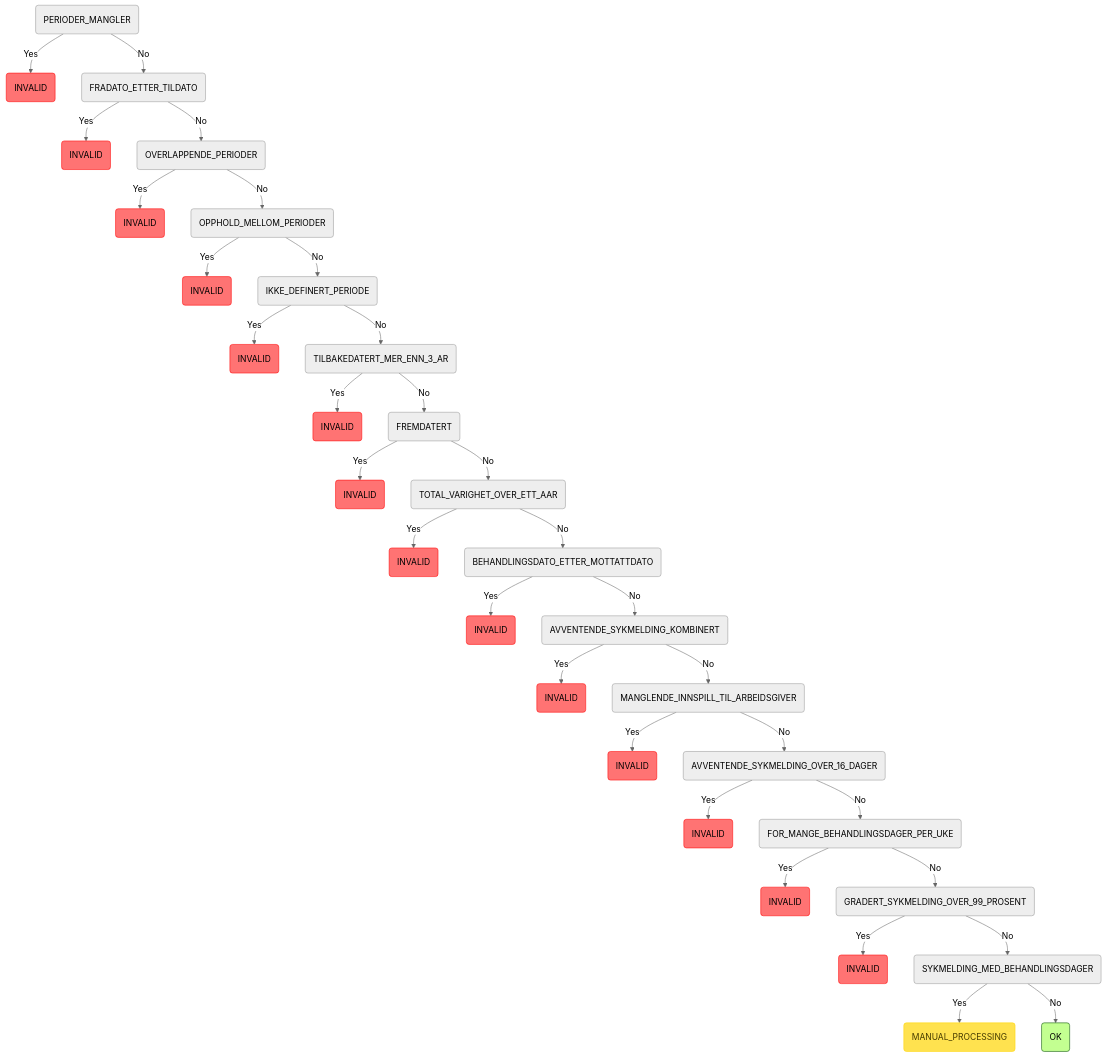
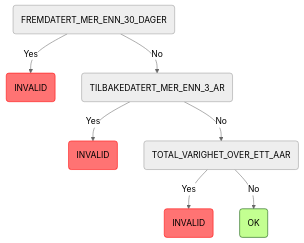
The ninth of 11 diagrams in README.md (navikt/syfosmregler), drawn with Mermaid (neutral theme) before and after one commit. The commit also changed other lines of this file and 30 other files, not shown here.

````diff
--- a/README.md
+++ b/README.md
@@ -150,36 +188,12 @@
 ```mermaid
 graph TD
-    root(PERIODER_MANGLER) -->|Yes| root_PERIODER_MANGLER_INVALID(INVALID):::invalid
-    root(PERIODER_MANGLER) -->|No| root_PERIODER_MANGLER_FRADATO_ETTER_TILDATO(FRADATO_ETTER_TILDATO)
-    root_PERIODER_MANGLER_FRADATO_ETTER_TILDATO(FRADATO_ETTER_TILDATO) -->|Yes| root_PERIODER_MANGLER_FRADATO_ETTER_TILDATO_INVALID(INVALID):::invalid
-    root_PERIODER_MANGLER_FRADATO_ETTER_TILDATO(FRADATO_ETTER_TILDATO) -->|No| root_PERIODER_MANGLER_FRADATO_ETTER_TILDATO_OVERLAPPENDE_PERIODER(OVERLAPPENDE_PERIODER)
-    root_PERIODER_MANGLER_FRADATO_ETTER_TILDATO_OVERLAPPENDE_PERIODER(OVERLAPPENDE_PERIODER) -->|Yes| root_PERIODER_MANGLER_FRADATO_ETTER_TILDATO_OVERLAPPENDE_PERIODER_INVALID(INVALID):::invalid
-    root_PERIODER_MANGLER_FRADATO_ETTER_TILDATO_OVERLAPPENDE_PERIODER(OVERLAPPENDE_PERIODER) -->|No| root_PERIODER_MANGLER_FRADATO_ETTER_TILDATO_OVERLAPPENDE_PERIODER_OPPHOLD_MELLOM_PERIODER(OPPHOLD_MELLOM_PERIODER)
-    root_PERIODER_MANGLER_FRADATO_ETTER_TILDATO_OVERLAPPENDE_PERIODER_OPPHOLD_MELLOM_PERIODER(OPPHOLD_MELLOM_PERIODER) -->|Yes| root_PERIODER_MANGLER_FRADATO_ETTER_TILDATO_OVERLAPPENDE_PERIODER_OPPHOLD_MELLOM_PERIODER_INVALID(INVALID):::invalid
-    root_PERIODER_MANGLER_FRADATO_ETTER_TILDATO_OVERLAPPENDE_PERIODER_OPPHOLD_MELLOM_PERIODER(OPPHOLD_MELLOM_PERIODER) -->|No| root_PERIODER_MANGLER_FRADATO_ETTER_TILDATO_OVERLAPPENDE_PERIODER_OPPHOLD_MELLOM_PERIODER_IKKE_DEFINERT_PERIODE(IKKE_DEFINERT_PERIODE)
-    root_PERIODER_MANGLER_FRADATO_ETTER_TILDATO_OVERLAPPENDE_PERIODER_OPPHOLD_MELLOM_PERIODER_IKKE_DEFINERT_PERIODE(IKKE_DEFINERT_PERIODE) -->|Yes| root_PERIODER_MANGLER_FRADATO_ETTER_TILDATO_OVERLAPPENDE_PERIODER_OPPHOLD_MELLOM_PERIODER_IKKE_DEFINERT_PERIODE_INVALID(INVALID):::invalid
-    root_PERIODER_MANGLER_FRADATO_ETTER_TILDATO_OVERLAPPENDE_PERIODER_OPPHOLD_MELLOM_PERIODER_IKKE_DEFINERT_PERIODE(IKKE_DEFINERT_PERIODE) -->|No| root_PERIODER_MANGLER_FRADATO_ETTER_TILDATO_OVERLAPPENDE_PERIODER_OPPHOLD_MELLOM_PERIODER_IKKE_DEFINERT_PERIODE_TILBAKEDATERT_MER_ENN_3_AR(TILBAKEDATERT_MER_ENN_3_AR)
-    root_PERIODER_MANGLER_FRADATO_ETTER_TILDATO_OVERLAPPENDE_PERIODER_OPPHOLD_MELLOM_PERIODER_IKKE_DEFINERT_PERIODE_TILBAKEDATERT_MER_ENN_3_AR(TILBAKEDATERT_MER_ENN_3_AR) -->|Yes| root_PERIODER_MANGLER_FRADATO_ETTER_TILDATO_OVERLAPPENDE_PERIODER_OPPHOLD_MELLOM_PERIODER_IKKE_DEFINERT_PERIODE_TILBAKEDATERT_MER_ENN_3_AR_INVALID(INVALID):::invalid
-    root_PERIODER_MANGLER_FRADATO_ETTER_TILDATO_OVERLAPPENDE_PERIODER_OPPHOLD_MELLOM_PERIODER_IKKE_DEFINERT_PERIODE_TILBAKEDATERT_MER_ENN_3_AR(TILBAKEDATERT_MER_ENN_3_AR) -->|No| root_PERIODER_MANGLER_FRADATO_ETTER_TILDATO_OVERLAPPENDE_PERIODER_OPPHOLD_MELLOM_PERIODER_IKKE_DEFINERT_PERIODE_TILBAKEDATERT_MER_ENN_3_AR_FREMDATERT(FREMDATERT)
-    root_PERIODER_MANGLER_FRADATO_ETTER_TILDATO_OVERLAPPENDE_PERIODER_OPPHOLD_MELLOM_PERIODER_IKKE_DEFINERT_PERIODE_TILBAKEDATERT_MER_ENN_3_AR_FREMDATERT(FREMDATERT) -->|Yes| root_PERIODER_MANGLER_FRADATO_ETTER_TILDATO_OVERLAPPENDE_PERIODER_OPPHOLD_MELLOM_PERIODER_IKKE_DEFINERT_PERIODE_TILBAKEDATERT_MER_ENN_3_AR_FREMDATERT_INVALID(INVALID):::invalid
-    root_PERIODER_MANGLER_FRADATO_ETTER_TILDATO_OVERLAPPENDE_PERIODER_OPPHOLD_MELLOM_PERIODER_IKKE_DEFINERT_PERIODE_TILBAKEDATERT_MER_ENN_3_AR_FREMDATERT(FREMDATERT) -->|No| root_PERIODER_MANGLER_FRADATO_ETTER_TILDATO_OVERLAPPENDE_PERIODER_OPPHOLD_MELLOM_PERIODER_IKKE_DEFINERT_PERIODE_TILBAKEDATERT_MER_ENN_3_AR_FREMDATERT_TOTAL_VARIGHET_OVER_ETT_AAR(TOTAL_VARIGHET_OVER_ETT_AAR)
-    root_PERIODER_MANGLER_FRADATO_ETTER_TILDATO_OVERLAPPENDE_PERIODER_OPPHOLD_MELLOM_PERIODER_IKKE_DEFINERT_PERIODE_TILBAKEDATERT_MER_ENN_3_AR_FREMDATERT_TOTAL_VARIGHET_OVER_ETT_AAR(TOTAL_VARIGHET_OVER_ETT_AAR) -->|Yes| root_PERIODER_MANGLER_FRADATO_ETTER_TILDATO_OVERLAPPENDE_PERIODER_OPPHOLD_MELLOM_PERIODER_IKKE_DEFINERT_PERIODE_TILBAKEDATERT_MER_ENN_3_AR_FREMDATERT_TOTAL_VARIGHET_OVER_ETT_AAR_INVALID(INVALID):::invalid
-    root_PERIODER_MANGLER_FRADATO_ETTER_TILDATO_OVERLAPPENDE_PERIODER_OPPHOLD_MELLOM_PERIODER_IKKE_DEFINERT_PERIODE_TILBAKEDATERT_MER_ENN_3_AR_FREMDATERT_TOTAL_VARIGHET_OVER_ETT_AAR(TOTAL_VARIGHET_OVER_ETT_AAR) -->|No| root_PERIODER_MANGLER_FRADATO_ETTER_TILDATO_OVERLAPPENDE_PERIODER_OPPHOLD_MELLOM_PERIODER_IKKE_DEFINERT_PERIODE_TILBAKEDATERT_MER_ENN_3_AR_FREMDATERT_TOTAL_VARIGHET_OVER_ETT_AAR_BEHANDLINGSDATO_ETTER_MOTTATTDATO(BEHANDLINGSDATO_ETTER_MOTTATTDATO)
-    root_PERIODER_MANGLER_FRADATO_ETTER_TILDATO_OVERLAPPENDE_PERIODER_OPPHOLD_MELLOM_PERIODER_IKKE_DEFINERT_PERIODE_TILBAKEDATERT_MER_ENN_3_AR_FREMDATERT_TOTAL_VARIGHET_OVER_ETT_AAR_BEHANDLINGSDATO_ETTER_MOTTATTDATO(BEHANDLINGSDATO_ETTER_MOTTATTDATO) -->|Yes| root_PERIODER_MANGLER_FRADATO_ETTER_TILDATO_OVERLAPPENDE_PERIODER_OPPHOLD_MELLOM_PERIODER_IKKE_DEFINERT_PERIODE_TILBAKEDATERT_MER_ENN_3_AR_FREMDATERT_TOTAL_VARIGHET_OVER_ETT_AAR_BEHANDLINGSDATO_ETTER_MOTTATTDATO_INVALID(INVALID):::invalid
-    root_PERIODER_MANGLER_FRADATO_ETTER_TILDATO_OVERLAPPENDE_PERIODER_OPPHOLD_MELLOM_PERIODER_IKKE_DEFINERT_PERIODE_TILBAKEDATERT_MER_ENN_3_AR_FREMDATERT_TOTAL_VARIGHET_OVER_ETT_AAR_BEHANDLINGSDATO_ETTER_MOTTATTDATO(BEHANDLINGSDATO_ETTER_MOTTATTDATO) -->|No| root_PERIODER_MANGLER_FRADATO_ETTER_TILDATO_OVERLAPPENDE_PERIODER_OPPHOLD_MELLOM_PERIODER_IKKE_DEFINERT_PERIODE_TILBAKEDATERT_MER_ENN_3_AR_FREMDATERT_TOTAL_VARIGHET_OVER_ETT_AAR_BEHANDLINGSDATO_ETTER_MOTTATTDATO_AVVENTENDE_SYKMELDING_KOMBINERT(AVVENTENDE_SYKMELDING_KOMBINERT)
-    root_PERIODER_MANGLER_FRADATO_ETTER_TILDATO_OVERLAPPENDE_PERIODER_OPPHOLD_MELLOM_PERIODER_IKKE_DEFINERT_PERIODE_TILBAKEDATERT_MER_ENN_3_AR_FREMDATERT_TOTAL_VARIGHET_OVER_ETT_AAR_BEHANDLINGSDATO_ETTER_MOTTATTDATO_AVVENTENDE_SYKMELDING_KOMBINERT(AVVENTENDE_SYKMELDING_KOMBINERT) -->|Yes| root_PERIODER_MANGLER_FRADATO_ETTER_TILDATO_OVERLAPPENDE_PERIODER_OPPHOLD_MELLOM_PERIODER_IKKE_DEFINERT_PERIODE_TILBAKEDATERT_MER_ENN_3_AR_FREMDATERT_TOTAL_VARIGHET_OVER_ETT_AAR_BEHANDLINGSDATO_ETTER_MOTTATTDATO_AVVENTENDE_SYKMELDING_KOMBINERT_INVALID(INVALID):::invalid
-    root_PERIODER_MANGLER_FRADATO_ETTER_TILDATO_OVERLAPPENDE_PERIODER_OPPHOLD_MELLOM_PERIODER_IKKE_DEFINERT_PERIODE_TILBAKEDATERT_MER_ENN_3_AR_FREMDATERT_TOTAL_VARIGHET_OVER_ETT_AAR_BEHANDLINGSDATO_ETTER_MOTTATTDATO_AVVENTENDE_SYKMELDING_KOMBINERT(AVVENTENDE_SYKMELDING_KOMBINERT) -->|No| root_PERIODER_MANGLER_FRADATO_ETTER_TILDATO_OVERLAPPENDE_PERIODER_OPPHOLD_MELLOM_PERIODER_IKKE_DEFINERT_PERIODE_TILBAKEDATERT_MER_ENN_3_AR_FREMDATERT_TOTAL_VARIGHET_OVER_ETT_AAR_BEHANDLINGSDATO_ETTER_MOTTATTDATO_AVVENTENDE_SYKMELDING_KOMBINERT_MANGLENDE_INNSPILL_TIL_ARBEIDSGIVER(MANGLENDE_INNSPILL_TIL_ARBEIDSGIVER)
-    root_PERIODER_MANGLER_FRADATO_ETTER_TILDATO_OVERLAPPENDE_PERIODER_OPPHOLD_MELLOM_PERIODER_IKKE_DEFINERT_PERIODE_TILBAKEDATERT_MER_ENN_3_AR_FREMDATERT_TOTAL_VARIGHET_OVER_ETT_AAR_BEHANDLINGSDATO_ETTER_MOTTATTDATO_AVVENTENDE_SYKMELDING_KOMBINERT_MANGLENDE_INNSPILL_TIL_ARBEIDSGIVER(MANGLENDE_INNSPILL_TIL_ARBEIDSGIVER) -->|Yes| root_PERIODER_MANGLER_FRADATO_ETTER_TILDATO_OVERLAPPENDE_PERIODER_OPPHOLD_MELLOM_PERIODER_IKKE_DEFINERT_PERIODE_TILBAKEDATERT_MER_ENN_3_AR_FREMDATERT_TOTAL_VARIGHET_OVER_ETT_AAR_BEHANDLINGSDATO_ETTER_MOTTATTDATO_AVVENTENDE_SYKMELDING_KOMBINERT_MANGLENDE_INNSPILL_TIL_ARBEIDSGIVER_INVALID(INVALID):::invalid
-    root_PERIODER_MANGLER_FRADATO_ETTER_TILDATO_OVERLAPPENDE_PERIODER_OPPHOLD_MELLOM_PERIODER_IKKE_DEFINERT_PERIODE_TILBAKEDATERT_MER_ENN_3_AR_FREMDATERT_TOTAL_VARIGHET_OVER_ETT_AAR_BEHANDLINGSDATO_ETTER_MOTTATTDATO_AVVENTENDE_SYKMELDING_KOMBINERT_MANGLENDE_INNSPILL_TIL_ARBEIDSGIVER(MANGLENDE_INNSPILL_TIL_ARBEIDSGIVER) -->|No| root_PERIODER_MANGLER_FRADATO_ETTER_TILDATO_OVERLAPPENDE_PERIODER_OPPHOLD_MELLOM_PERIODER_IKKE_DEFINERT_PERIODE_TILBAKEDATERT_MER_ENN_3_AR_FREMDATERT_TOTAL_VARIGHET_OVER_ETT_AAR_BEHANDLINGSDATO_ETTER_MOTTATTDATO_AVVENTENDE_SYKMELDING_KOMBINERT_MANGLENDE_INNSPILL_TIL_ARBEIDSGIVER_AVVENTENDE_SYKMELDING_OVER_16_DAGER(AVVENTENDE_SYKMELDING_OVER_16_DAGER)
-    root_PERIODER_MANGLER_FRADATO_ETTER_TILDATO_OVERLAPPENDE_PERIODER_OPPHOLD_MELLOM_PERIODER_IKKE_DEFINERT_PERIODE_TILBAKEDATERT_MER_ENN_3_AR_FREMDATERT_TOTAL_VARIGHET_OVER_ETT_AAR_BEHANDLINGSDATO_ETTER_MOTTATTDATO_AVVENTENDE_SYKMELDING_KOMBINERT_MANGLENDE_INNSPILL_TIL_ARBEIDSGIVER_AVVENTENDE_SYKMELDING_OVER_16_DAGER(AVVENTENDE_SYKMELDING_OVER_16_DAGER) -->|Yes| root_PERIODER_MANGLER_FRADATO_ETTER_TILDATO_OVERLAPPENDE_PERIODER_OPPHOLD_MELLOM_PERIODER_IKKE_DEFINERT_PERIODE_TILBAKEDATERT_MER_ENN_3_AR_FREMDATERT_TOTAL_VARIGHET_OVER_ETT_AAR_BEHANDLINGSDATO_ETTER_MOTTATTDATO_AVVENTENDE_SYKMELDING_KOMBINERT_MANGLENDE_INNSPILL_TIL_ARBEIDSGIVER_AVVENTENDE_SYKMELDING_OVER_16_DAGER_INVALID(INVALID):::invalid
-    root_PERIODER_MANGLER_FRADATO_ETTER_TILDATO_OVERLAPPENDE_PERIODER_OPPHOLD_MELLOM_PERIODER_IKKE_DEFINERT_PERIODE_TILBAKEDATERT_MER_ENN_3_AR_FREMDATERT_TOTAL_VARIGHET_OVER_ETT_AAR_BEHANDLINGSDATO_ETTER_MOTTATTDATO_AVVENTENDE_SYKMELDING_KOMBINERT_MANGLENDE_INNSPILL_TIL_ARBEIDSGIVER_AVVENTENDE_SYKMELDING_OVER_16_DAGER(AVVENTENDE_SYKMELDING_OVER_16_DAGER) -->|No| root_PERIODER_MANGLER_FRADATO_ETTER_TILDATO_OVERLAPPENDE_PERIODER_OPPHOLD_MELLOM_PERIODER_IKKE_DEFINERT_PERIODE_TILBAKEDATERT_MER_ENN_3_AR_FREMDATERT_TOTAL_VARIGHET_OVER_ETT_AAR_BEHANDLINGSDATO_ETTER_MOTTATTDATO_AVVENTENDE_SYKMELDING_KOMBINERT_MANGLENDE_INNSPILL_TIL_ARBEIDSGIVER_AVVENTENDE_SYKMELDING_OVER_16_DAGER_FOR_MANGE_BEHANDLINGSDAGER_PER_UKE(FOR_MANGE_BEHANDLINGSDAGER_PER_UKE)
-    root_PERIODER_MANGLER_FRADATO_ETTER_TILDATO_OVERLAPPENDE_PERIODER_OPPHOLD_MELLOM_PERIODER_IKKE_DEFINERT_PERIODE_TILBAKEDATERT_MER_ENN_3_AR_FREMDATERT_TOTAL_VARIGHET_OVER_ETT_AAR_BEHANDLINGSDATO_ETTER_MOTTATTDATO_AVVENTENDE_SYKMELDING_KOMBINERT_MANGLENDE_INNSPILL_TIL_ARBEIDSGIVER_AVVENTENDE_SYKMELDING_OVER_16_DAGER_FOR_MANGE_BEHANDLINGSDAGER_PER_UKE(FOR_MANGE_BEHANDLINGSDAGER_PER_UKE) -->|Yes| root_PERIODER_MANGLER_FRADATO_ETTER_TILDATO_OVERLAPPENDE_PERIODER_OPPHOLD_MELLOM_PERIODER_IKKE_DEFINERT_PERIODE_TILBAKEDATERT_MER_ENN_3_AR_FREMDATERT_TOTAL_VARIGHET_OVER_ETT_AAR_BEHANDLINGSDATO_ETTER_MOTTATTDATO_AVVENTENDE_SYKMELDING_KOMBINERT_MANGLENDE_INNSPILL_TIL_ARBEIDSGIVER_AVVENTENDE_SYKMELDING_OVER_16_DAGER_FOR_MANGE_BEHANDLINGSDAGER_PER_UKE_INVALID(INVALID):::invalid
-    root_PERIODER_MANGLER_FRADATO_ETTER_TILDATO_OVERLAPPENDE_PERIODER_OPPHOLD_MELLOM_PERIODER_IKKE_DEFINERT_PERIODE_TILBAKEDATERT_MER_ENN_3_AR_FREMDATERT_TOTAL_VARIGHET_OVER_ETT_AAR_BEHANDLINGSDATO_ETTER_MOTTATTDATO_AVVENTENDE_SYKMELDING_KOMBINERT_MANGLENDE_INNSPILL_TIL_ARBEIDSGIVER_AVVENTENDE_SYKMELDING_OVER_16_DAGER_FOR_MANGE_BEHANDLINGSDAGER_PER_UKE(FOR_MANGE_BEHANDLINGSDAGER_PER_UKE) -->|No| root_PERIODER_MANGLER_FRADATO_ETTER_TILDATO_OVERLAPPENDE_PERIODER_OPPHOLD_MELLOM_PERIODER_IKKE_DEFINERT_PERIODE_TILBAKEDATERT_MER_ENN_3_AR_FREMDATERT_TOTAL_VARIGHET_OVER_ETT_AAR_BEHANDLINGSDATO_ETTER_MOTTATTDATO_AVVENTENDE_SYKMELDING_KOMBINERT_MANGLENDE_INNSPILL_TIL_ARBEIDSGIVER_AVVENTENDE_SYKMELDING_OVER_16_DAGER_FOR_MANGE_BEHANDLINGSDAGER_PER_UKE_GRADERT_SYKMELDING_OVER_99_PROSENT(GRADERT_SYKMELDING_OVER_99_PROSENT)
-    root_PERIODER_MANGLER_FRADATO_ETTER_TILDATO_OVERLAPPENDE_PERIODER_OPPHOLD_MELLOM_PERIODER_IKKE_DEFINERT_PERIODE_TILBAKEDATERT_MER_ENN_3_AR_FREMDATERT_TOTAL_VARIGHET_OVER_ETT_AAR_BEHANDLINGSDATO_ETTER_MOTTATTDATO_AVVENTENDE_SYKMELDING_KOMBINERT_MANGLENDE_INNSPILL_TIL_ARBEIDSGIVER_AVVENTENDE_SYKMELDING_OVER_16_DAGER_FOR_MANGE_BEHANDLINGSDAGER_PER_UKE_GRADERT_SYKMELDING_OVER_99_PROSENT(GRADERT_SYKMELDING_OVER_99_PROSENT) -->|Yes| root_PERIODER_MANGLER_FRADATO_ETTER_TILDATO_OVERLAPPENDE_PERIODER_OPPHOLD_MELLOM_PERIODER_IKKE_DEFINERT_PERIODE_TILBAKEDATERT_MER_ENN_3_AR_FREMDATERT_TOTAL_VARIGHET_OVER_ETT_AAR_BEHANDLINGSDATO_ETTER_MOTTATTDATO_AVVENTENDE_SYKMELDING_KOMBINERT_MANGLENDE_INNSPILL_TIL_ARBEIDSGIVER_AVVENTENDE_SYKMELDING_OVER_16_DAGER_FOR_MANGE_BEHANDLINGSDAGER_PER_UKE_GRADERT_SYKMELDING_OVER_99_PROSENT_INVALID(INVALID):::invalid
-    root_PERIODER_MANGLER_FRADATO_ETTER_TILDATO_OVERLAPPENDE_PERIODER_OPPHOLD_MELLOM_PERIODER_IKKE_DEFINERT_PERIODE_TILBAKEDATERT_MER_ENN_3_AR_FREMDATERT_TOTAL_VARIGHET_OVER_ETT_AAR_BEHANDLINGSDATO_ETTER_MOTTATTDATO_AVVENTENDE_SYKMELDING_KOMBINERT_MANGLENDE_INNSPILL_TIL_ARBEIDSGIVER_AVVENTENDE_SYKMELDING_OVER_16_DAGER_FOR_MANGE_BEHANDLINGSDAGER_PER_UKE_GRADERT_SYKMELDING_OVER_99_PROSENT(GRADERT_SYKMELDING_OVER_99_PROSENT) -->|No| root_PERIODER_MANGLER_FRADATO_ETTER_TILDATO_OVERLAPPENDE_PERIODER_OPPHOLD_MELLOM_PERIODER_IKKE_DEFINERT_PERIODE_TILBAKEDATERT_MER_ENN_3_AR_FREMDATERT_TOTAL_VARIGHET_OVER_ETT_AAR_BEHANDLINGSDATO_ETTER_MOTTATTDATO_AVVENTENDE_SYKMELDING_KOMBINERT_MANGLENDE_INNSPILL_TIL_ARBEIDSGIVER_AVVENTENDE_SYKMELDING_OVER_16_DAGER_FOR_MANGE_BEHANDLINGSDAGER_PER_UKE_GRADERT_SYKMELDING_OVER_99_PROSENT_SYKMELDING_MED_BEHANDLINGSDAGER(SYKMELDING_MED_BEHANDLINGSDAGER)
-    root_PERIODER_MANGLER_FRADATO_ETTER_TILDATO_OVERLAPPENDE_PERIODER_OPPHOLD_MELLOM_PERIODER_IKKE_DEFINERT_PERIODE_TILBAKEDATERT_MER_ENN_3_AR_FREMDATERT_TOTAL_VARIGHET_OVER_ETT_AAR_BEHANDLINGSDATO_ETTER_MOTTATTDATO_AVVENTENDE_SYKMELDING_KOMBINERT_MANGLENDE_INNSPILL_TIL_ARBEIDSGIVER_AVVENTENDE_SYKMELDING_OVER_16_DAGER_FOR_MANGE_BEHANDLINGSDAGER_PER_UKE_GRADERT_SYKMELDING_OVER_99_PROSENT_SYKMELDING_MED_BEHANDLINGSDAGER(SYKMELDING_MED_BEHANDLINGSDAGER) -->|Yes| root_PERIODER_MANGLER_FRADATO_ETTER_TILDATO_OVERLAPPENDE_PERIODER_OPPHOLD_MELLOM_PERIODER_IKKE_DEFINERT_PERIODE_TILBAKEDATERT_MER_ENN_3_AR_FREMDATERT_TOTAL_VARIGHET_OVER_ETT_AAR_BEHANDLINGSDATO_ETTER_MOTTATTDATO_AVVENTENDE_SYKMELDING_KOMBINERT_MANGLENDE_INNSPILL_TIL_ARBEIDSGIVER_AVVENTENDE_SYKMELDING_OVER_16_DAGER_FOR_MANGE_BEHANDLINGSDAGER_PER_UKE_GRADERT_SYKMELDING_OVER_99_PROSENT_SYKMELDING_MED_BEHANDLINGSDAGER_MANUAL_PROCESSING(MANUAL_PROCESSING):::manuell
-    root_PERIODER_MANGLER_FRADATO_ETTER_TILDATO_OVERLAPPENDE_PERIODER_OPPHOLD_MELLOM_PERIODER_IKKE_DEFINERT_PERIODE_TILBAKEDATERT_MER_ENN_3_AR_FREMDATERT_TOTAL_VARIGHET_OVER_ETT_AAR_BEHANDLINGSDATO_ETTER_MOTTATTDATO_AVVENTENDE_SYKMELDING_KOMBINERT_MANGLENDE_INNSPILL_TIL_ARBEIDSGIVER_AVVENTENDE_SYKMELDING_OVER_16_DAGER_FOR_MANGE_BEHANDLINGSDAGER_PER_UKE_GRADERT_SYKMELDING_OVER_99_PROSENT_SYKMELDING_MED_BEHANDLINGSDAGER(SYKMELDING_MED_BEHANDLINGSDAGER) -->|No| root_PERIODER_MANGLER_FRADATO_ETTER_TILDATO_OVERLAPPENDE_PERIODER_OPPHOLD_MELLOM_PERIODER_IKKE_DEFINERT_PERIODE_TILBAKEDATERT_MER_ENN_3_AR_FREMDATERT_TOTAL_VARIGHET_OVER_ETT_AAR_BEHANDLINGSDATO_ETTER_MOTTATTDATO_AVVENTENDE_SYKMELDING_KOMBINERT_MANGLENDE_INNSPILL_TIL_ARBEIDSGIVER_AVVENTENDE_SYKMELDING_OVER_16_DAGER_FOR_MANGE_BEHANDLINGSDAGER_PER_UKE_GRADERT_SYKMELDING_OVER_99_PROSENT_SYKMELDING_MED_BEHANDLINGSDAGER_OK(OK):::ok
+    root(FREMDATERT_MER_ENN_30_DAGER) -->|Yes| root_FREMDATERT_MER_ENN_30_DAGER_INVALID(INVALID):::invalid
+    root(FREMDATERT_MER_ENN_30_DAGER) -->|No| root_FREMDATERT_MER_ENN_30_DAGER_TILBAKEDATERT_MER_ENN_3_AR(TILBAKEDATERT_MER_ENN_3_AR)
+    root_FREMDATERT_MER_ENN_30_DAGER_TILBAKEDATERT_MER_ENN_3_AR(TILBAKEDATERT_MER_ENN_3_AR) -->|Yes| root_FREMDATERT_MER_ENN_30_DAGER_TILBAKEDATERT_MER_ENN_3_AR_INVALID(INVALID):::invalid
+    root_FREMDATERT_MER_ENN_30_DAGER_TILBAKEDATERT_MER_ENN_3_AR(TILBAKEDATERT_MER_ENN_3_AR) -->|No| root_FREMDATERT_MER_ENN_30_DAGER_TILBAKEDATERT_MER_ENN_3_AR_TOTAL_VARIGHET_OVER_ETT_AAR(TOTAL_VARIGHET_OVER_ETT_AAR)
+    root_FREMDATERT_MER_ENN_30_DAGER_TILBAKEDATERT_MER_ENN_3_AR_TOTAL_VARIGHET_OVER_ETT_AAR(TOTAL_VARIGHET_OVER_ETT_AAR) -->|Yes| root_FREMDATERT_MER_ENN_30_DAGER_TILBAKEDATERT_MER_ENN_3_AR_TOTAL_VARIGHET_OVER_ETT_AAR_INVALID(INVALID):::invalid
+    root_FREMDATERT_MER_ENN_30_DAGER_TILBAKEDATERT_MER_ENN_3_AR_TOTAL_VARIGHET_OVER_ETT_AAR(TOTAL_VARIGHET_OVER_ETT_AAR) -->|No| root_FREMDATERT_MER_ENN_30_DAGER_TILBAKEDATERT_MER_ENN_3_AR_TOTAL_VARIGHET_OVER_ETT_AAR_OK(OK):::ok
     classDef ok fill:#c3ff91,stroke:#004a00,color: black;
     classDef invalid fill:#ff7373,stroke:#ff0000,color: black;
     classDef manuell fill:#ffe24f,stroke:#ffd500,color: #473c00;
 ```
````
